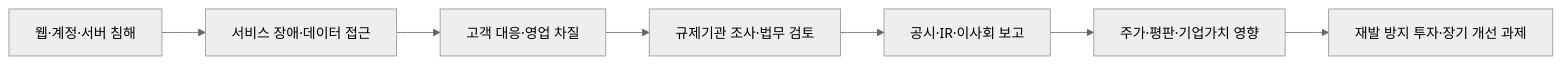
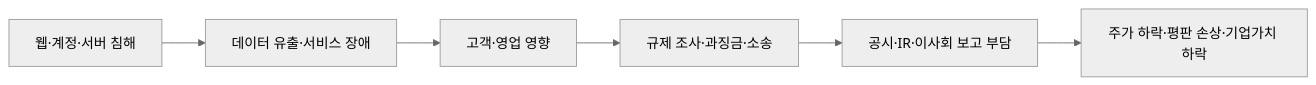
The diagram in content/ko/column/listed-company-cybersecurity-investment.md (qubitsec/blog), drawn with Mermaid (neutral theme) before and after one commit. The commit also changed other lines of this file, not shown here.

````diff
--- a/content/ko/column/listed-company-cybersecurity-investment.md
+++ b/content/ko/column/listed-company-cybersecurity-investment.md
@@ -263,9 +263,8 @@
 ```mermaid
 flowchart LR
-    A[웹·계정·서버 침해] --> B[서비스 장애·데이터 접근]
-    B --> C[고객 대응·영업 차질]
-    C --> D[규제기관 조사·법무 검토]
-    D --> E[공시·IR·이사회 보고]
-    E --> F[주가·평판·기업가치 영향]
-    F --> G[재발 방지 투자·장기 개선 과제]
+    A[웹·계정·서버 침해] --> B[데이터 유출·서비스 장애]
+    B --> C[고객·영업 영향]
+    C --> D[규제 조사·과징금·소송]
+    D --> E[공시·IR·이사회 보고 부담]
+    E --> F[주가 하락·평판 손상·기업가치 하락]
 ```
````
